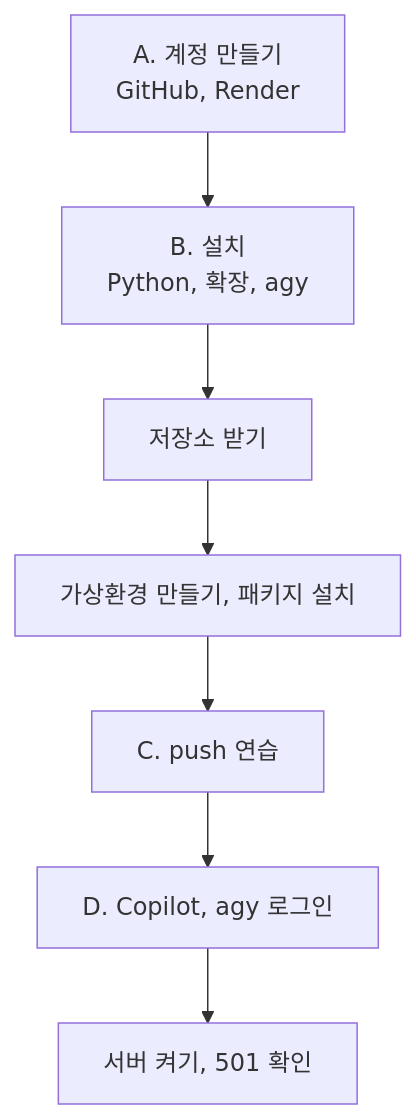
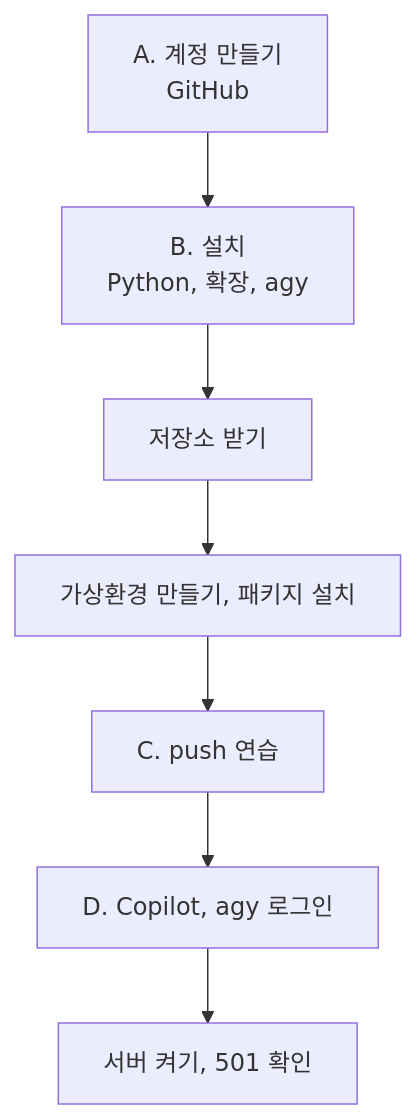
One commit to YeonjiKim0316/review-thermo-ond changed the diagram in docs/01-setup-card.md. Above: the diagram before and after it, drawn with Mermaid. The commit also changed other lines of this file and 12 other files, not shown here.

````diff
--- a/docs/01-setup-card.md
+++ b/docs/01-setup-card.md
@@ -32,9 +32,9 @@
 ```mermaid
 flowchart TD
-    A["A. 계정 만들기<br/>GitHub, Render"] --> B["B. 설치<br/>Python, 확장, agy"]
+    A["A. 계정 만들기<br/>GitHub"] --> B["B. 설치<br/>Python, 확장, agy"]
     B --> B2["저장소 받기"]
     B2 --> C["가상환경 만들기, 패키지 설치"]
     C --> D["C. push 연습"]
     D --> E["D. Copilot, agy 로그인"]
     E --> F["서버 켜기, 501 확인"]
 ```
````
